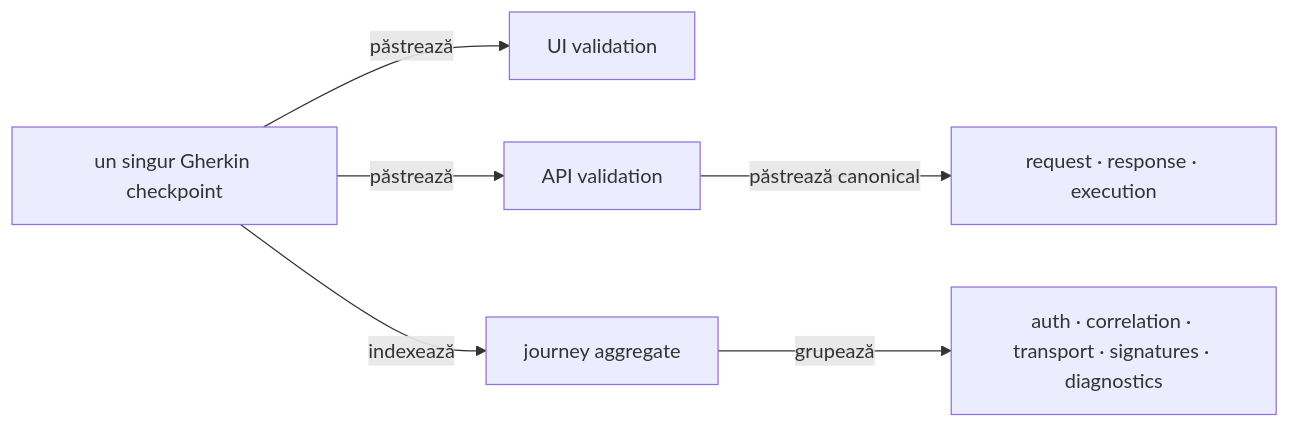
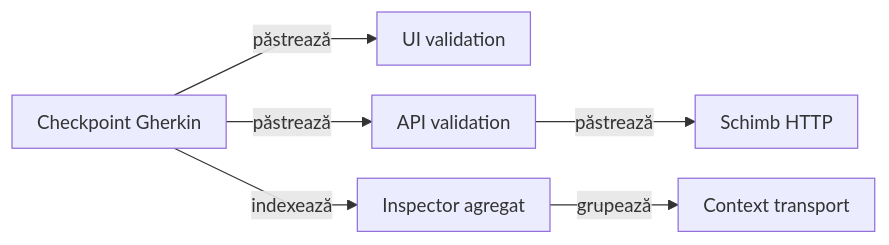
The sixth of 14 diagrams in atf-reporting/README.md (crististefanita/atf_j0), drawn with Mermaid before and after one commit. The commit also changed other lines of this file and 97 other files, not shown here.

Commit message:
Record terminal execution and verdict evidence

````diff
--- a/atf-reporting/README.md
+++ b/atf-reporting/README.md
@@ -577,8 +647,9 @@
 ```mermaid
+%%{init: {"themeVariables":{"fontSize":"15px"},"themeCSS":".nodeLabel, .nodeLabel p { font-size: 15px !important; line-height: 1.35 !important; } .edgeLabel, .edgeLabel p { font-size: 12px !important; font-weight: 400 !important; line-height: 1.2 !important; } .edgeLabel .labelBkg, .edgeLabel p { background: transparent !important; } .edgeLabel foreignObject { transform: translateY(-18px); overflow: visible; } .node rect { rx: 6px; ry: 6px; }","flowchart":{"curve":"linear","nodeSpacing":24,"rankSpacing":40,"padding":10,"diagramPadding":16}}}%%
 flowchart LR
-    Checkpoint["un singur Gherkin checkpoint"] -->|păstrează| Ui["UI validation"]
+    Checkpoint["Checkpoint Gherkin"] -->|păstrează| Ui["UI validation"]
     Checkpoint -->|păstrează| Api["API validation"]
-    Api -->|păstrează canonical| Evidence["request · response · execution"]
-    Checkpoint -->|indexează| Aggregate["journey aggregate"]
-    Aggregate -->|grupează| Facts["auth · correlation · transport · signatures · diagnostics"]
+    Api -->|păstrează| Evidence["Schimb HTTP"]
+    Checkpoint -->|indexează| Aggregate["Inspector agregat"]
+    Aggregate -->|grupează| Facts["Context transport"]
 ```
````
